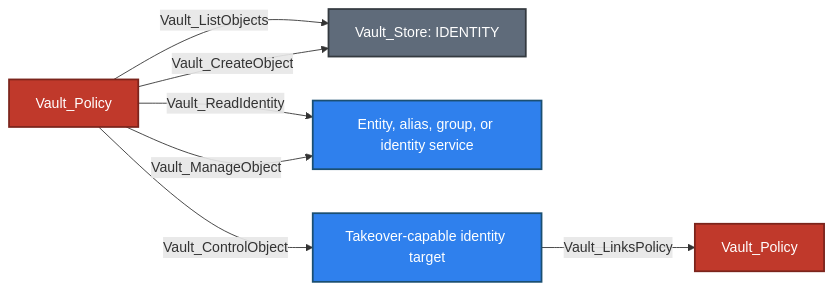
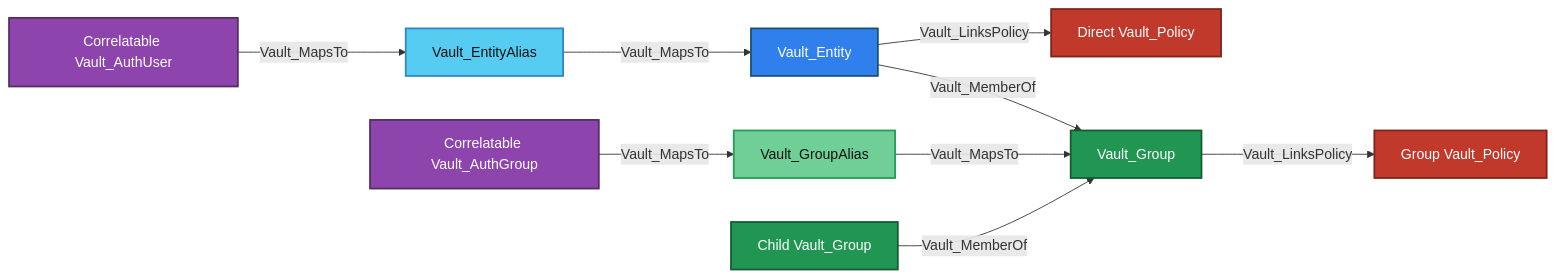
Before and after one commit to bytewreck/opengraph-vault: the third of 14 diagrams in Documentation/stores/IDENTITY.md, drawn with Mermaid. The commit also changed other lines of this file and 5 other files, not shown here.

````diff
--- a/Documentation/stores/IDENTITY.md
+++ b/Documentation/stores/IDENTITY.md
@@ -163,13 +168,19 @@
 ```mermaid
 flowchart LR
-    policy[Vault_Policy]:::policyNode -->|Vault_ListObjects| store[Vault_Store: IDENTITY]:::storeNode
-    policy -->|Vault_CreateObject| store
-    policy -->|Vault_ReadIdentity| object[Entity, alias, group, or identity service]:::identityNode
-    policy -->|Vault_ManageObject| object
-    policy -->|Vault_ControlObject| controlled[Takeover-capable identity target]:::identityNode
-    controlled -->|Vault_LinksPolicy| granted[Vault_Policy]:::policyNode
+    authUser[Correlatable Vault_AuthUser]:::authNode -->|Vault_MapsTo| entityAlias[Vault_EntityAlias]:::entityAliasNode
+    entityAlias -->|Vault_MapsTo| entity[Vault_Entity]:::entityNode
+    entity -->|Vault_LinksPolicy| entityPolicy[Direct Vault_Policy]:::policyNode
+    entity -->|Vault_MemberOf| group[Vault_Group]:::groupNode
+    group -->|Vault_LinksPolicy| groupPolicy[Group Vault_Policy]:::policyNode
 
+    authGroup[Correlatable Vault_AuthGroup]:::authNode -->|Vault_MapsTo| groupAlias[Vault_GroupAlias]:::groupAliasNode
+    groupAlias -->|Vault_MapsTo| group
+    childGroup[Child Vault_Group]:::groupNode -->|Vault_MemberOf| group
+
+    classDef authNode fill:#8E44AD,color:#fff,stroke:#512E5F,stroke-width:2px
+    classDef entityNode fill:#2F80ED,color:#fff,stroke:#1B4F72,stroke-width:2px
+    classDef entityAliasNode fill:#56CCF2,color:#111,stroke:#2E86C1,stroke-width:2px
+    classDef groupNode fill:#219653,color:#fff,stroke:#145A32,stroke-width:2px
+    classDef groupAliasNode fill:#6FCF97,color:#111,stroke:#239B56,stroke-width:2px
     classDef policyNode fill:#C0392B,color:#fff,stroke:#7B241C,stroke-width:2px
-    classDef storeNode fill:#5F6B7A,color:#fff,stroke:#343A40,stroke-width:2px
-    classDef identityNode fill:#2F80ED,color:#fff,stroke:#1B4F72,stroke-width:2px
 ```
````
